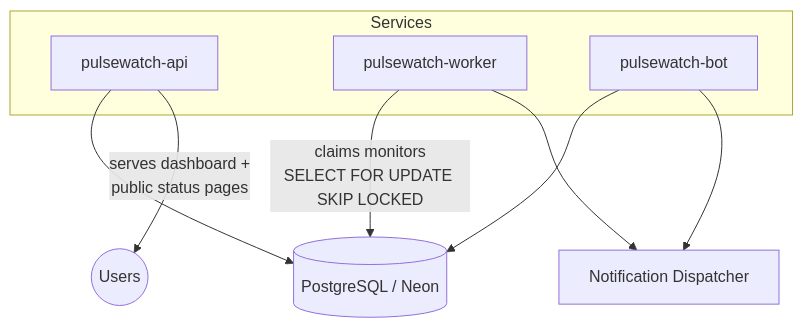
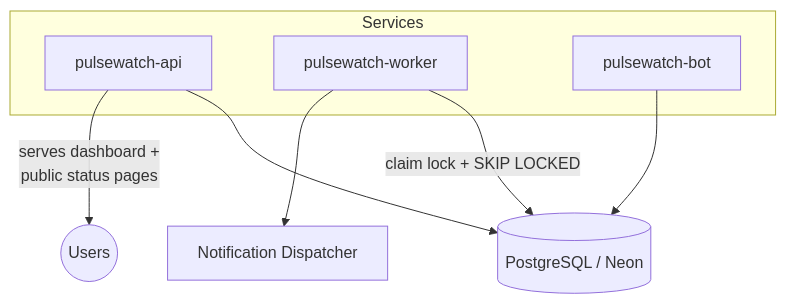
One commit to Robibiruk/PulseWatch changed the second of 3 diagrams in README.md. Above: the diagram before and after it, drawn with Mermaid. The commit also changed other lines of this file and 6 other files, not shown here.

````diff
--- a/README.md
+++ b/README.md
@@ -75,15 +184,14 @@
 ```mermaid
 graph TD
     subgraph Services
         API[pulsewatch-api]
         Worker[pulsewatch-worker]
         Bot[pulsewatch-bot]
     end
     DB[(PostgreSQL / Neon)]
     API --> DB
-    Worker -->|claims monitors<br/>SELECT FOR UPDATE SKIP LOCKED| DB
+    Worker -->|claim lock + SKIP LOCKED| DB
     Bot --> DB
     API -->|serves dashboard +<br/>public status pages| Users((Users))
     Worker --> Notify[Notification Dispatcher]
-    Bot --> Notify
 ```
````
